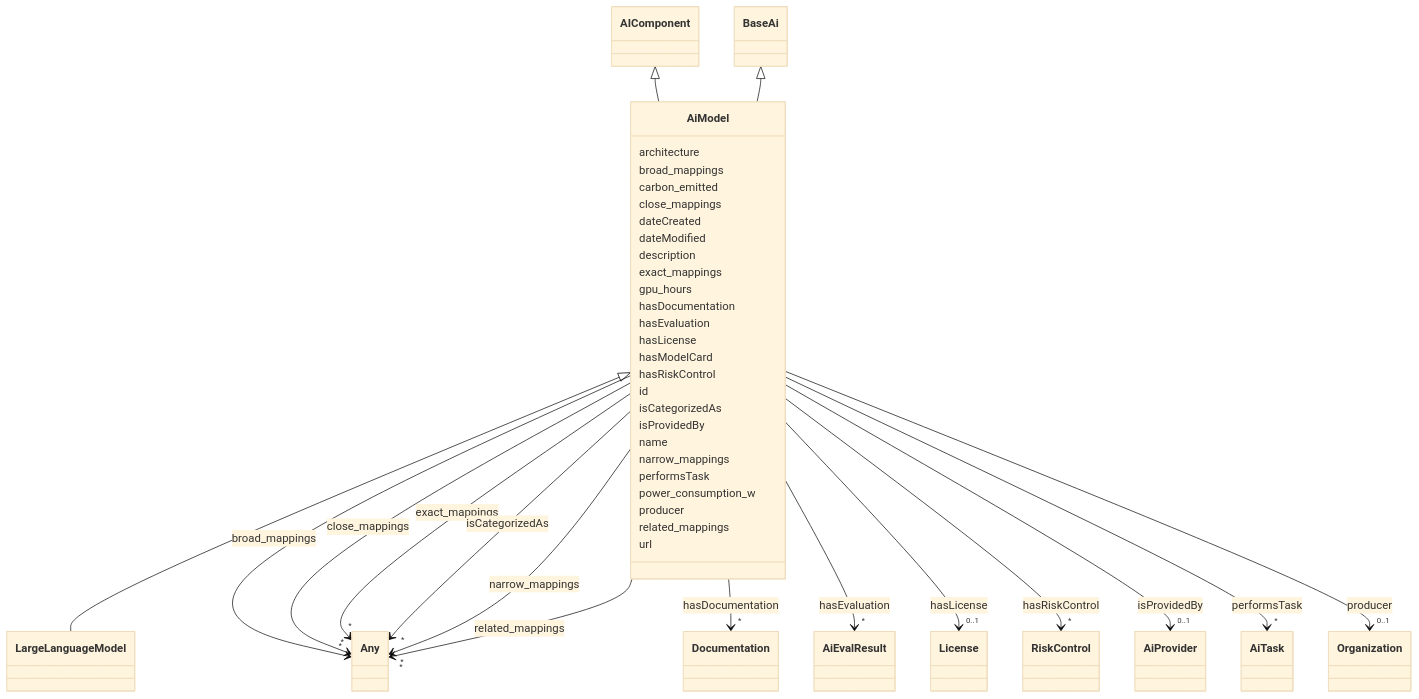
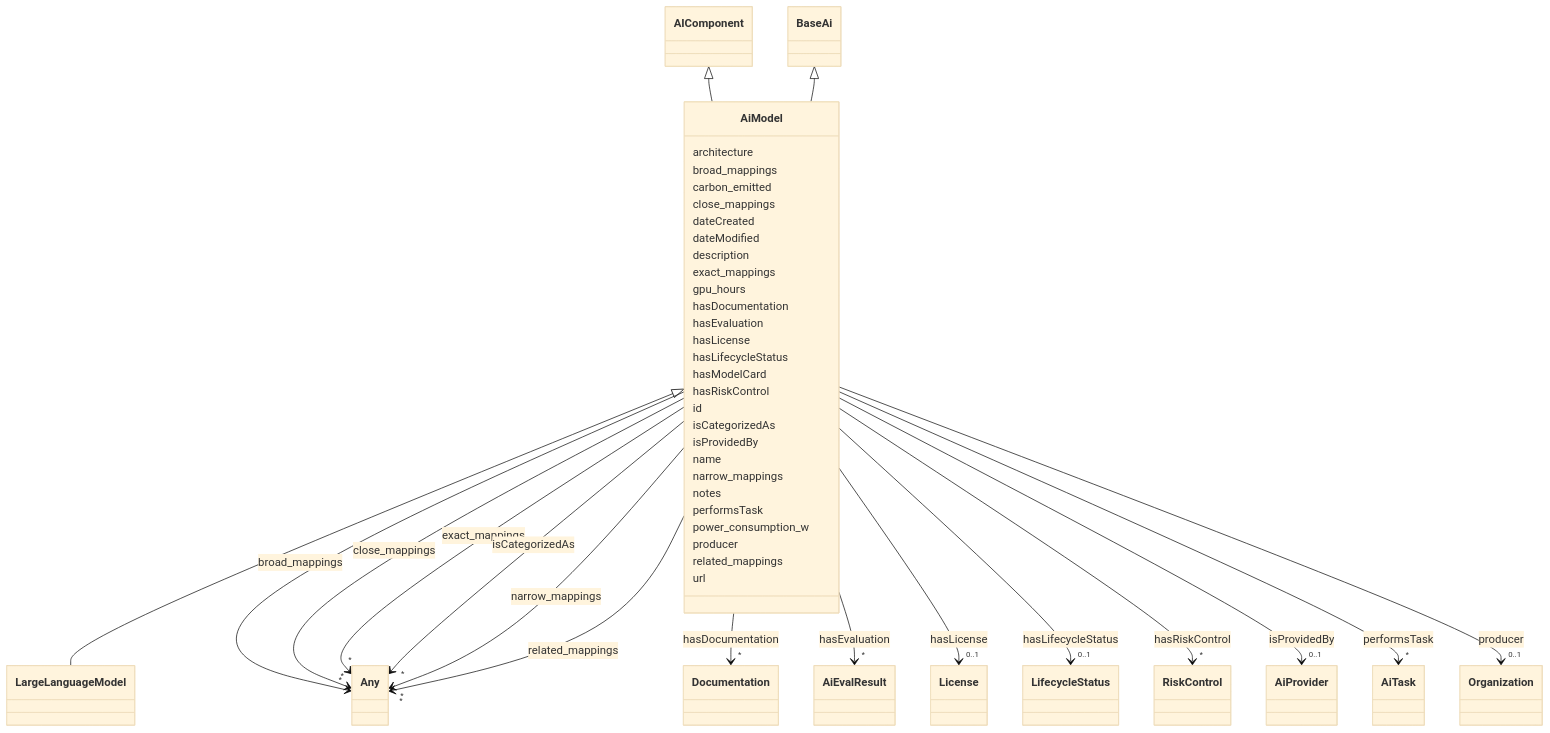
One commit to ingelise/risk-atlas-nexus changed the diagram in docs/ontology/AiModel.md. Above: the diagram before and after it, drawn with Mermaid (base theme). The commit also changed other lines of this file and 190 other files, not shown here.

```diff
--- a/docs/ontology/AiModel.md
+++ b/docs/ontology/AiModel.md
@@ -103,6 +103,17 @@
 
 
 
+      AiModel : hasLifecycleStatus
+
+
+
+
+
+        AiModel --> "0..1" LifecycleStatus : hasLifecycleStatus
+        click LifecycleStatus href "../LifecycleStatus/"
+
+
+
       AiModel : hasModelCard
 
       AiModel : hasRiskControl
@@ -153,6 +164,8 @@
 
 
 
+      AiModel : notes
+
       AiModel : performsTask
 
 
```
